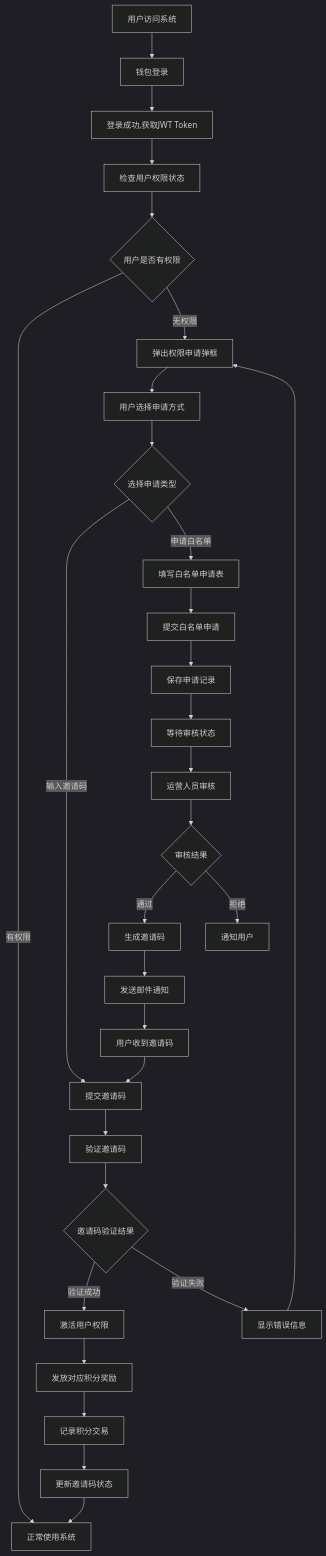
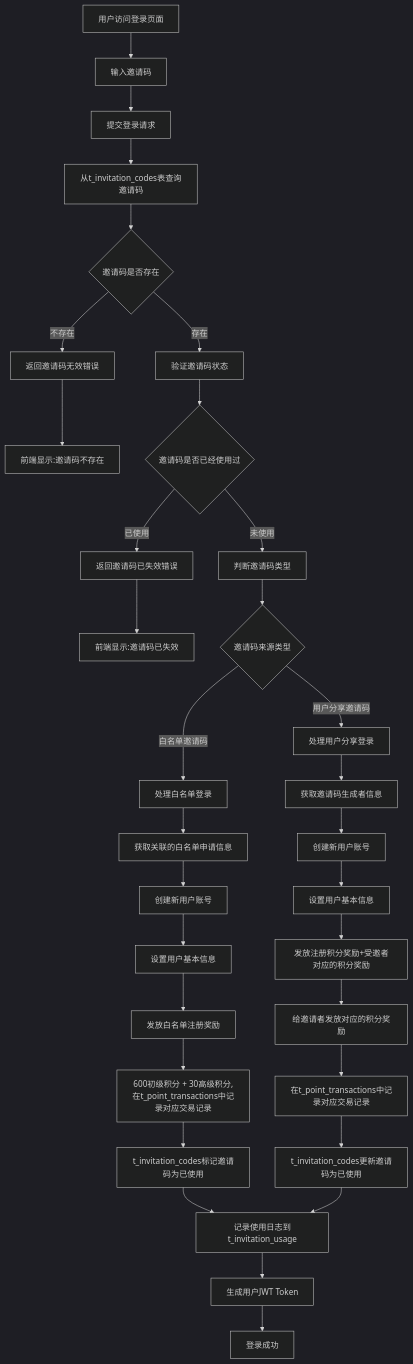
Before and after one commit to yingjianzh/iodraw-files: the diagram in all/未命名-76.md, drawn with Mermaid (dark theme).

Commit message:
2025-07-08 10:47:44 update

````diff
--- a/all/未命名-76.md
+++ b/all/未命名-76.md
@@ -1,39 +1,41 @@
 ```mermaid
+
 flowchart TD
-    A[用户访问系统] --> B[钱包登录]
-    B --> C[登录成功,获取JWT Token]
-    C --> D[检查用户权限状态]
-    D --> E{用户是否有权限}
+    A[用户访问登录页面] --> B[输入邀请码]
+    B --> E[提交登录请求]
+    E --> H[从t_invitation_codes表查询邀请码]
+    H --> I{邀请码是否存在}
+    I -->|不存在| J[返回邀请码无效错误]
+    J --> K[前端显示:邀请码不存在]
     
-    E -->|有权限| F[正常使用系统]
-    E -->|无权限| G[弹出权限申请弹框]
+    I -->|存在| L[验证邀请码状态]
+    L --> M{邀请码是否已经使用过}
+    M -->|已使用| N[返回邀请码已失效错误]
+    N --> O[前端显示:邀请码已失效]
     
-    G --> H[用户选择申请方式]
-    H --> I{选择申请类型}
+    M -->|未使用| X[判断邀请码类型]
+    X --> Y{邀请码来源类型}
     
-    I -->|输入邀请码| J[提交邀请码]
-    I -->|申请白名单| K[填写白名单申请表]
+    Y -->|白名单邀请码| Z[处理白名单登录]
+    Z --> Z1[获取关联的白名单申请信息]
+    Z1 --> Z2[创建新用户账号]
+    Z2 --> Z3[设置用户基本信息]
+    Z3 --> Z4[发放白名单注册奖励]
+    Z4 --> Z5[600初级积分 + 30高级积分,在t_point_transactions中记录对应交易记录]
+    Z5 --> Z6[t_invitation_codes标记邀请码为已使用]
+    Z6 --> AA[记录使用日志到t_invitation_usage]
     
-    J --> L[验证邀请码]
-    L --> M{邀请码验证结果}
-    M -->|验证成功| N[激活用户权限]
-    M -->|验证失败| O[显示错误信息]
-    O --> G
+    Y -->|用户分享邀请码| BB[处理用户分享登录]
+    BB --> BB1[获取邀请码生成者信息]
+    BB1 --> BB2[创建新用户账号]
+    BB2 --> BB3[设置用户基本信息]
+    BB3 --> BB4[发放注册积分奖励+受邀者对应的积分奖励]
+    BB4 --> BB5[给邀请者发放对应的积分奖励]
+    BB5 --> BB6[在t_point_transactions中记录对应交易记录]
+    BB6 --> BB7[t_invitation_codes更新邀请码为已使用]
+    BB7 --> AA
     
-    K --> P[提交白名单申请]
-    P --> Q[保存申请记录]
-    Q --> R[等待审核状态]
-    
-    N --> S[发放对应积分奖励]
-    S --> T[记录积分交易]
-    T --> U[更新邀请码状态]
-    U --> F
-    
-    R --> V[运营人员审核]
-    V --> W{审核结果}
-    W -->|通过| X[生成邀请码]
-    W -->|拒绝| Y[通知用户]
-    X --> Z[发送邮件通知]
-    Z --> AA[用户收到邀请码]
-    AA --> J
+    AA --> CC[生成用户JWT Token]
+    CC --> DD[登录成功]  
+
 ```
````
